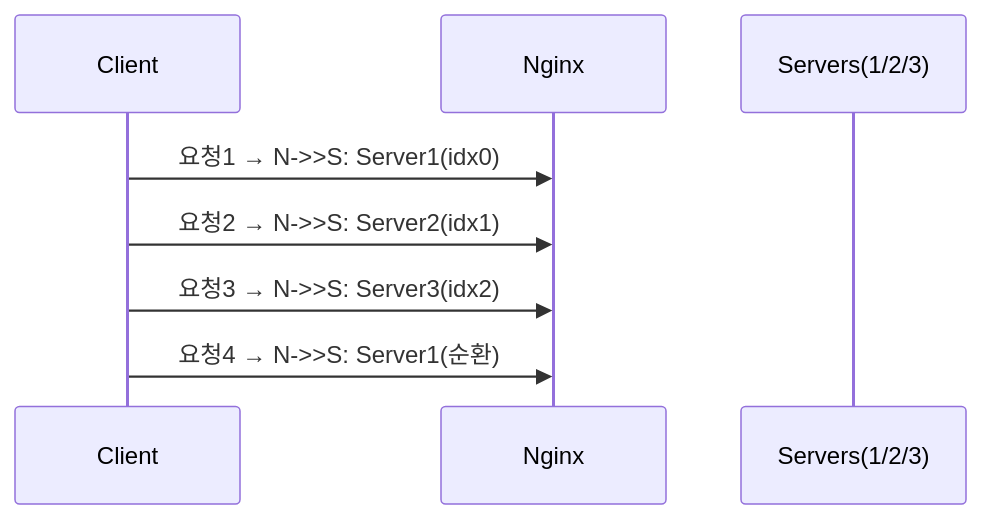
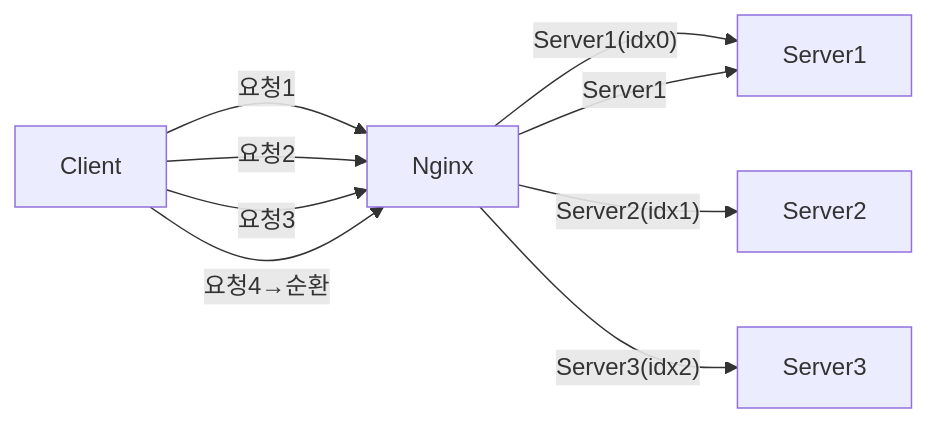
The seventh of 18 diagrams in _posts/server/2026-05-01-nginx.md (yjkim2015/yjkim2015.github.io), drawn with Mermaid before and after one commit. The commit also changed other lines of this file and 32 other files, not shown here.

First line of the commit message:
sequenceDiagram 82개 → graph LR 변환 완료

````diff
--- a/_posts/server/2026-05-01-nginx.md
+++ b/_posts/server/2026-05-01-nginx.md
@@ -266,10 +262,11 @@
 ```mermaid
-sequenceDiagram
-    participant C as Client
-    participant N as Nginx
-    participant S as Servers(1/2/3)
-    C->>N: 요청1 → N->>S: Server1(idx0)
-    C->>N: 요청2 → N->>S: Server2(idx1)
-    C->>N: 요청3 → N->>S: Server3(idx2)
-    C->>N: 요청4 → N->>S: Server1(순환)
+graph LR
+    C["Client"] -->|"요청1"| N["Nginx"]
+    N -->|"Server1(idx0)"| S1["Server1"]
+    C -->|"요청2"| N
+    N -->|"Server2(idx1)"| S2["Server2"]
+    C -->|"요청3"| N
+    N -->|"Server3(idx2)"| S3["Server3"]
+    C -->|"요청4→순환"| N
+    N -->|"Server1"| S1
 ```
````
